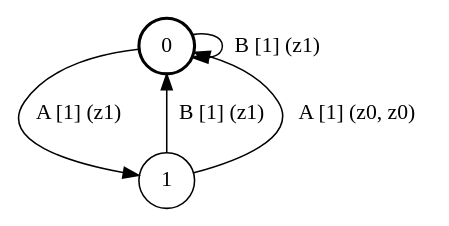
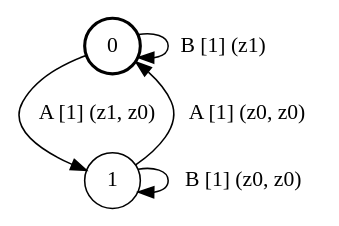
The diagram in qbf/testing/fsm_2s2e2a.dot (ulyantsev/EFSM-tools), drawn with Graphviz before and after one commit. The commit also changed 812 other files, not shown here.

```diff
--- a/qbf/testing/fsm_2s2e2a.dot
+++ b/qbf/testing/fsm_2s2e2a.dot
@@ -1,10 +1,10 @@
 # generated file, don't try to modify
 # command: dot -Tpng <filename> > tree.png
 digraph Automaton {
     node [shape = circle];
     0 [style = "bold"];
+    0 -> 1 [label = "A [1] (z1, z0) "];
     0 -> 0 [label = "B [1] (z1) "];
-    0 -> 1 [label = "A [1] (z1) "];
-    1 -> 0 [label = "B [1] (z1) "];
     1 -> 0 [label = "A [1] (z0, z0) "];
+    1 -> 1 [label = "B [1] (z0, z0) "];
 }
```
